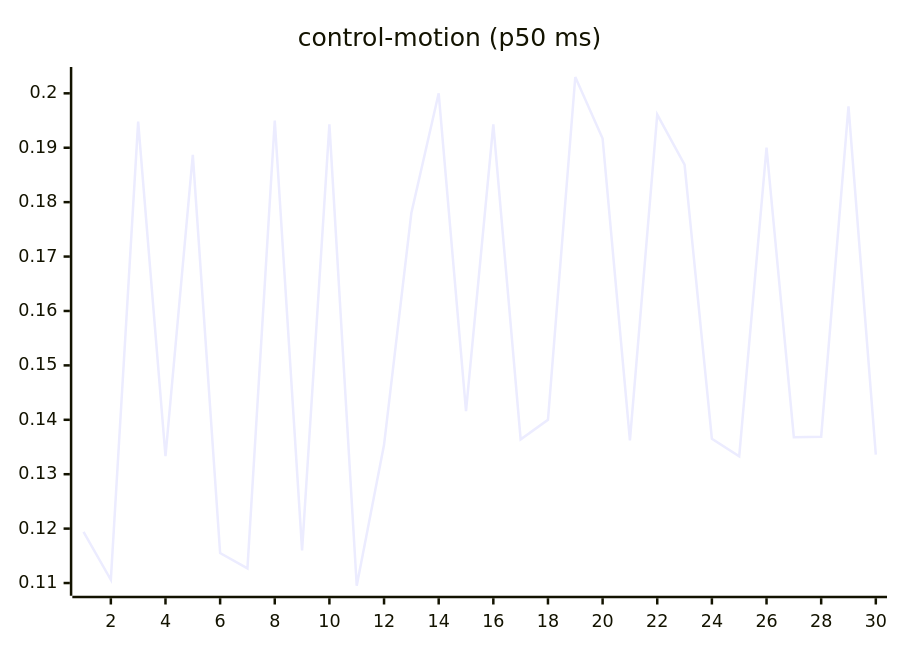
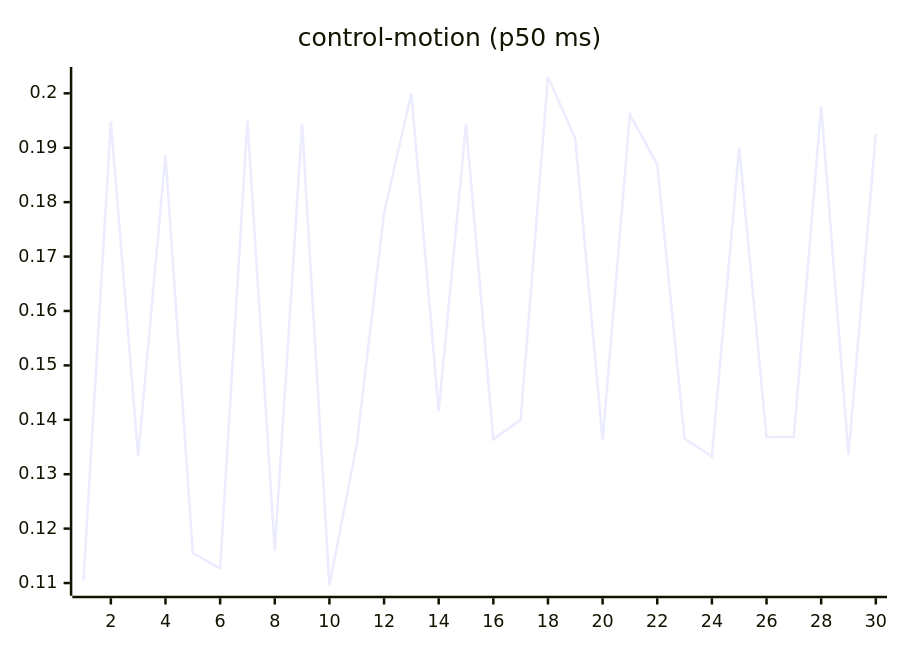
One commit to josha/Facet changed the seventh of 27 diagrams in README.md. Above: the diagram before and after it, drawn with Mermaid. The commit also changed other lines of this file and 2 other files, not shown here.

````diff
--- a/README.md
+++ b/README.md
@@ -105,6 +105,6 @@
 ```mermaid
 xychart-beta
     title "control-motion (p50 ms)"
     x-axis 1 --> 30
-    line [0.1194, 0.1106, 0.1948, 0.1333, 0.1887, 0.1155, 0.1127, 0.1950, 0.1160, 0.1943, 0.1095, 0.1354, 0.1780, 0.2000, 0.1416, 0.1943, 0.1364, 0.1400, 0.2030, 0.1917, 0.1362, 0.1961, 0.1869, 0.1365, 0.1333, 0.1900, 0.1368, 0.1369, 0.1976, 0.1336]
+    line [0.1106, 0.1948, 0.1333, 0.1887, 0.1155, 0.1127, 0.1950, 0.1160, 0.1943, 0.1095, 0.1354, 0.1780, 0.2000, 0.1416, 0.1943, 0.1364, 0.1400, 0.2030, 0.1917, 0.1362, 0.1961, 0.1869, 0.1365, 0.1333, 0.1900, 0.1368, 0.1369, 0.1976, 0.1336, 0.1926]
 ```
````
